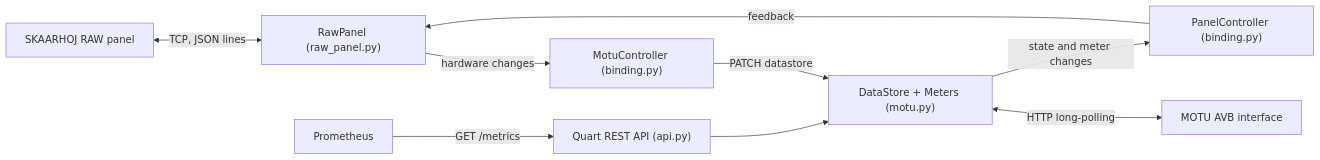
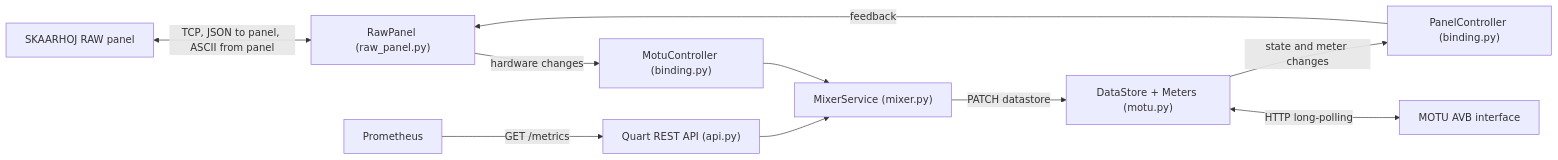
The diagram in README.md (yukinmax/motu-bridge), drawn with Mermaid before and after one commit. The commit also changed other lines of this file and 11 other files, not shown here.

First line of the commit message:
refactor: route panel input through the mixer service (#17)

````diff
--- a/README.md
+++ b/README.md
@@ -30,11 +30,12 @@
 ```mermaid
 flowchart LR
-    Panel["SKAARHOJ RAW panel"] <-->|"TCP, JSON lines"| RP["RawPanel (raw_panel.py)"]
+    Panel["SKAARHOJ RAW panel"] <-->|"TCP, JSON to panel, ASCII from panel"| RP["RawPanel (raw_panel.py)"]
     RP -->|"hardware changes"| MC["MotuController (binding.py)"]
-    MC -->|"PATCH datastore"| DS["DataStore + Meters (motu.py)"]
+    MC --> MS["MixerService (mixer.py)"]
+    MS -->|"PATCH datastore"| DS["DataStore + Meters (motu.py)"]
     DS <-->|"HTTP long-polling"| Motu["MOTU AVB interface"]
     DS -->|"state and meter changes"| PC["PanelController (binding.py)"]
     PC -->|"feedback"| RP
-    API["Quart REST API (api.py)"] --> DS
+    API["Quart REST API (api.py)"] --> MS
     Prom["Prometheus"] -->|"GET /metrics"| API
 ```
````
